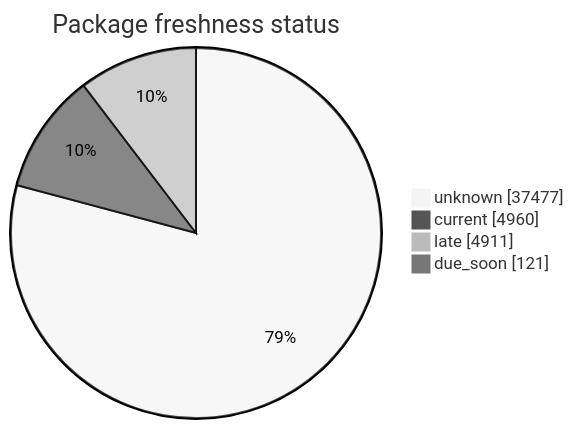
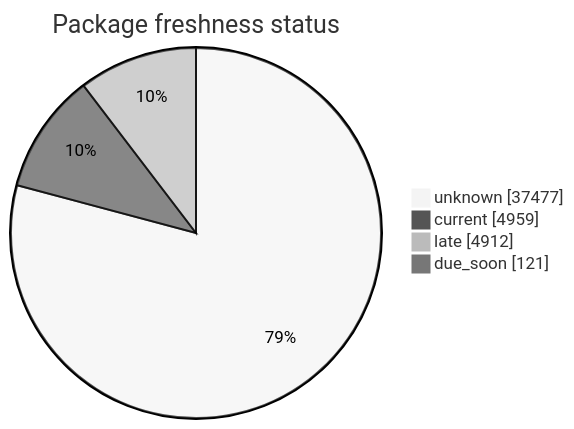
The second of 5 diagrams in FreshCheck/README.md (open-data/analytics-corporate-reporting), drawn with Mermaid (neutral theme) before and after one commit. The commit also changed other lines of this file and 3 other files, not shown here.

````diff
--- a/FreshCheck/README.md
+++ b/FreshCheck/README.md
@@ -69,7 +69,7 @@
 ```mermaid
 pie showData title Package freshness status
     "unknown": 37477
-    "current": 4960
-    "late": 4911
+    "current": 4959
+    "late": 4912
     "due_soon": 121
 ```
````
